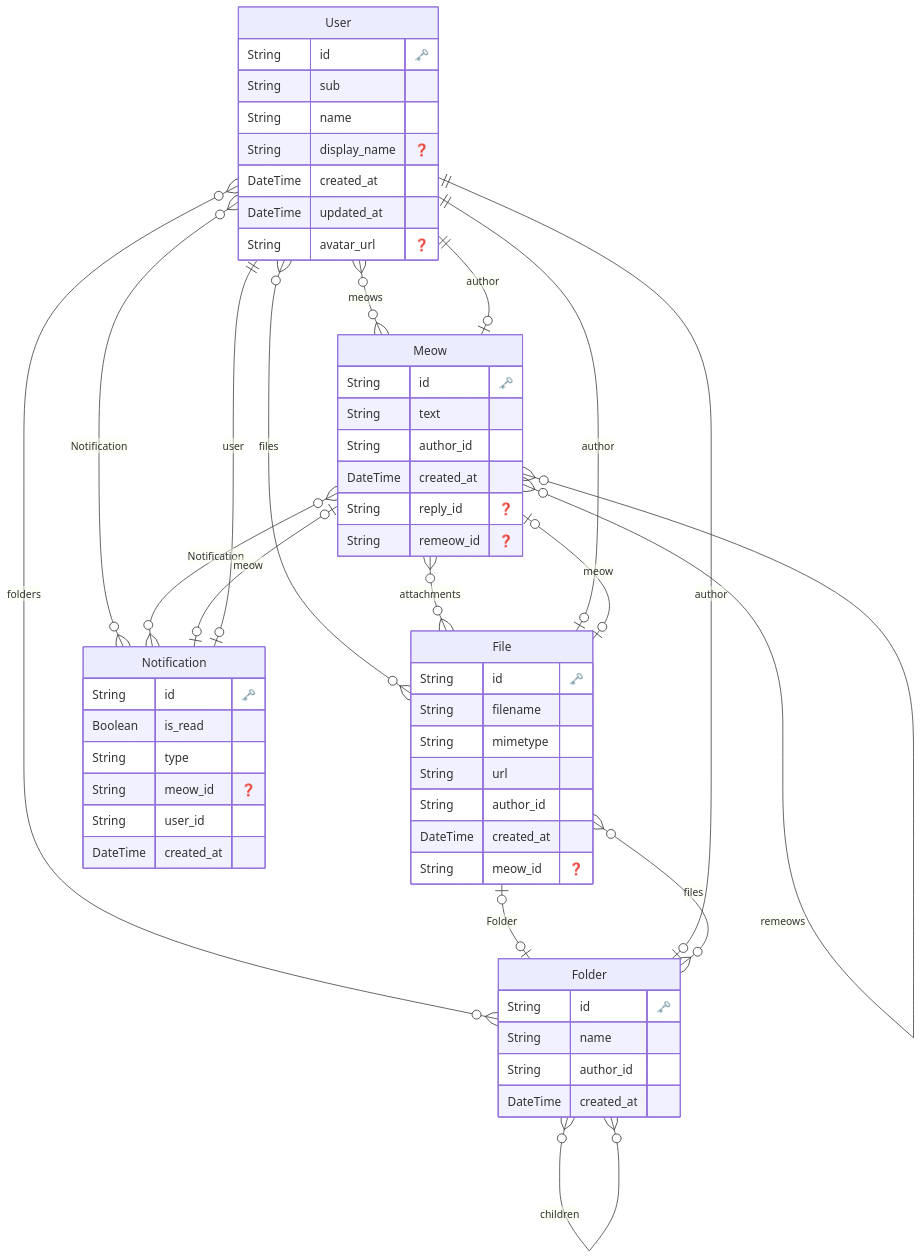
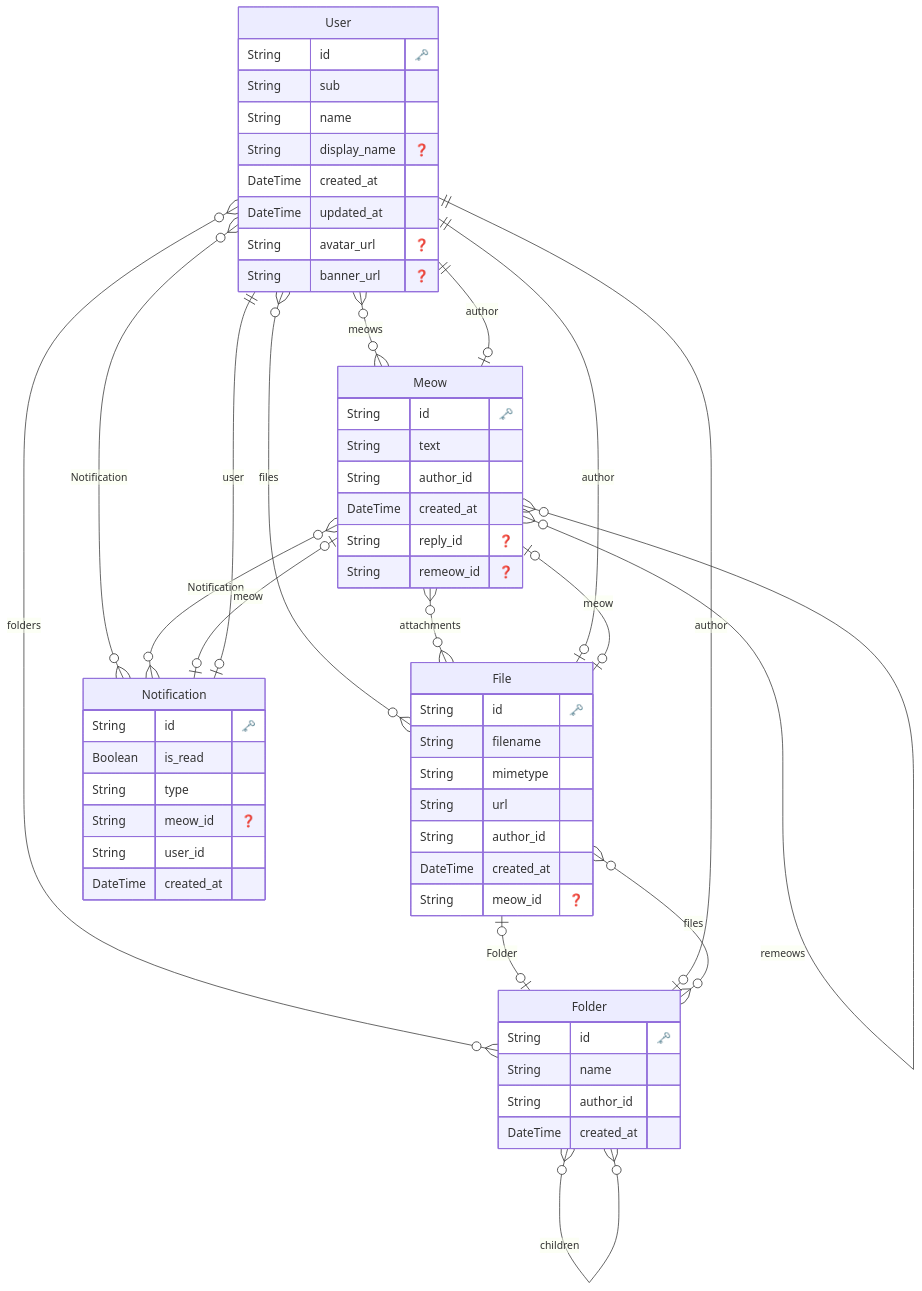
Before and after one commit to yupix/Catmos: the diagram in prisma/scheme.md, drawn with Mermaid. The commit also changed 1 other file, not shown here.

Commit message:
feat: ユーザーモデルにバナー画像のURLフィールドを追加

````diff
--- a/prisma/scheme.md
+++ b/prisma/scheme.md
@@ -1,73 +1,74 @@
 ```mermaid
 erDiagram
 
   "User" {
     String id "🗝️"
     String sub 
     String name 
     String display_name "❓"
     DateTime created_at 
     DateTime updated_at 
     String avatar_url "❓"
+    String banner_url "❓"
     }
   
 
   "Folder" {
     String id "🗝️"
     String name 
     String author_id 
     DateTime created_at 
     }
   
 
   "File" {
     String id "🗝️"
     String filename 
     String mimetype 
     String url 
     String author_id 
     DateTime created_at 
     String meow_id "❓"
     }
   
 
   "Meow" {
     String id "🗝️"
     String text 
     String author_id 
     DateTime created_at 
     String reply_id "❓"
     String remeow_id "❓"
     }
   
 
   "Notification" {
     String id "🗝️"
     Boolean is_read 
     String type 
     String meow_id "❓"
     String user_id 
     DateTime created_at 
     }
   
     "User" o{--}o "Meow" : "meows"
     "User" o{--}o "File" : "files"
     "User" o{--}o "Folder" : "folders"
     "User" o{--}o "Notification" : "Notification"
     "Folder" o|--|| "User" : "author"
     "Folder" o{--}o "File" : "files"
     "Folder" o|--|o "Folder" : "parent"
     "Folder" o{--}o "Folder" : "children"
     "File" o|--|| "User" : "author"
     "File" o|--|o "Meow" : "meow"
     "File" o|--|o "Folder" : "Folder"
     "Meow" o|--|| "User" : "author"
     "Meow" o{--}o "File" : "attachments"
     "Meow" o|--|o "Meow" : "reply"
     "Meow" o|--|o "Meow" : "remeow"
     "Meow" o{--}o "Meow" : "replies"
     "Meow" o{--}o "Meow" : "remeows"
     "Meow" o{--}o "Notification" : "Notification"
     "Notification" o|--|o "Meow" : "meow"
     "Notification" o|--|| "User" : "user"
 ```
````
